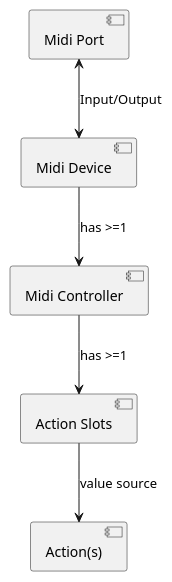
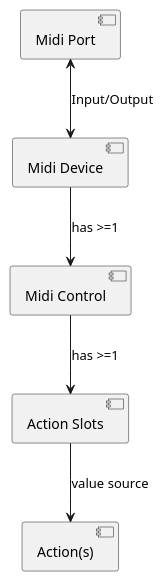
The diagram in docs/midi.md (davidgiga1993/mixing-station-docs), drawn with PlantUML before and after one commit. The commit also changed other lines of this file and 35 other files, not shown here.

````diff
--- a/docs/midi.md
+++ b/docs/midi.md
@@ -67,10 +67,10 @@
 ```plantuml
 @startuml
 
 [Midi Port] <--> [Midi Device]: Input/Output
-[Midi Device] --> [Midi Controller]: has >=1
-[Midi Controller] --> [Action Slots]: has >=1
+[Midi Device] --> [Midi Control]: has >=1
+[Midi Control] --> [Action Slots]: has >=1
 [Action Slots] --> [Action(s)]: value source
 
 @enduml
 ```
````
